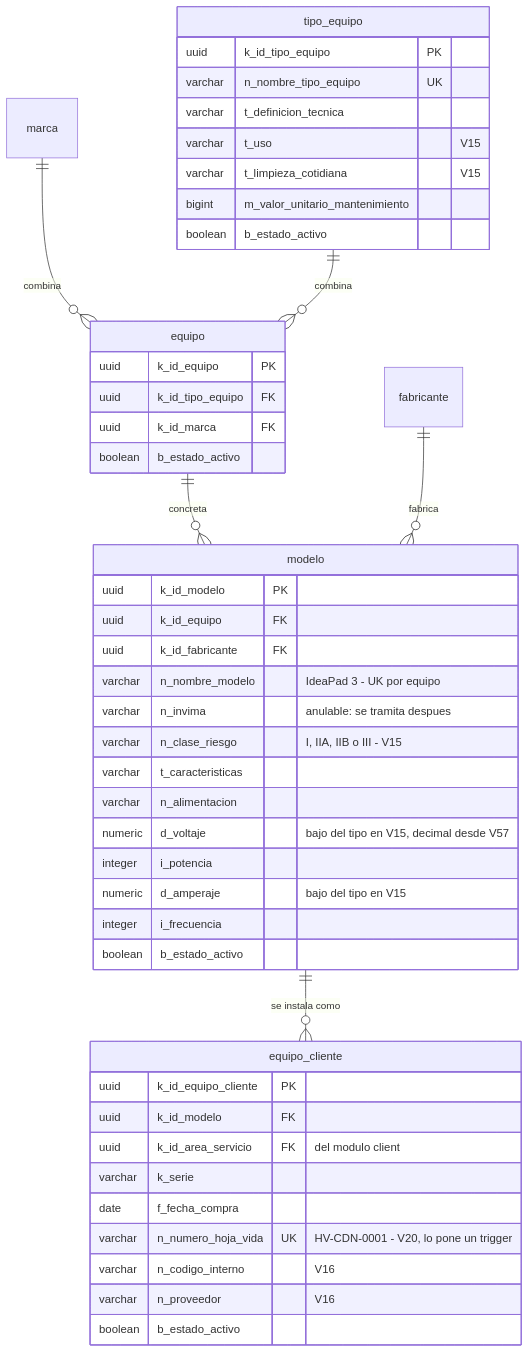
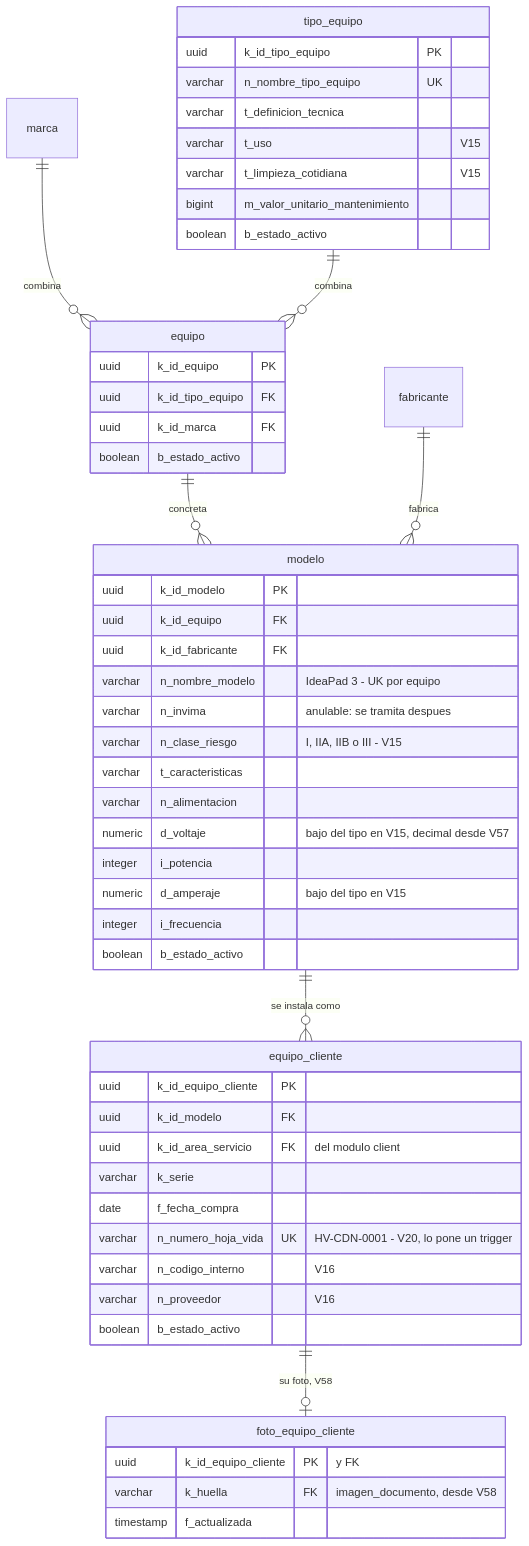
The seventh of 12 diagrams in SecondBrain/wiki/base-de-datos/esquema-bd-malphasos.md (SeanBol222/MalphasOs), drawn with Mermaid before and after one commit. The commit also changed other lines of this file and 7 other files, not shown here.

````diff
--- a/SecondBrain/wiki/base-de-datos/esquema-bd-malphasos.md
+++ b/SecondBrain/wiki/base-de-datos/esquema-bd-malphasos.md
@@ -530,49 +531,55 @@
 ```mermaid
 erDiagram
     marca ||--o{ equipo : "combina"
     tipo_equipo ||--o{ equipo : "combina"
     equipo ||--o{ modelo : "concreta"
     fabricante ||--o{ modelo : "fabrica"
     modelo ||--o{ equipo_cliente : "se instala como"
+    equipo_cliente ||--o| foto_equipo_cliente : "su foto, V58"
     tipo_equipo {
         uuid k_id_tipo_equipo PK
         varchar n_nombre_tipo_equipo UK
         varchar t_definicion_tecnica
         varchar t_uso "V15"
         varchar t_limpieza_cotidiana "V15"
         bigint m_valor_unitario_mantenimiento
         boolean b_estado_activo
     }
     equipo {
         uuid k_id_equipo PK
         uuid k_id_tipo_equipo FK
         uuid k_id_marca FK
         boolean b_estado_activo
     }
     modelo {
         uuid k_id_modelo PK
         uuid k_id_equipo FK
         uuid k_id_fabricante FK
         varchar n_nombre_modelo "IdeaPad 3 - UK por equipo"
         varchar n_invima "anulable: se tramita despues"
         varchar n_clase_riesgo "I, IIA, IIB o III - V15"
         varchar t_caracteristicas
         varchar n_alimentacion
         numeric d_voltaje "bajo del tipo en V15, decimal desde V57"
         integer i_potencia
         numeric d_amperaje "bajo del tipo en V15"
         integer i_frecuencia
         boolean b_estado_activo
     }
     equipo_cliente {
         uuid k_id_equipo_cliente PK
         uuid k_id_modelo FK
         uuid k_id_area_servicio FK "del modulo client"
         varchar k_serie
         date f_fecha_compra
         varchar n_numero_hoja_vida UK "HV-CDN-0001 - V20, lo pone un trigger"
         varchar n_codigo_interno "V16"
         varchar n_proveedor "V16"
         boolean b_estado_activo
     }
+    foto_equipo_cliente {
+        uuid k_id_equipo_cliente PK "y FK"
+        varchar k_huella FK "imagen_documento, desde V58"
+        timestamp f_actualizada
+    }
 ```
````
